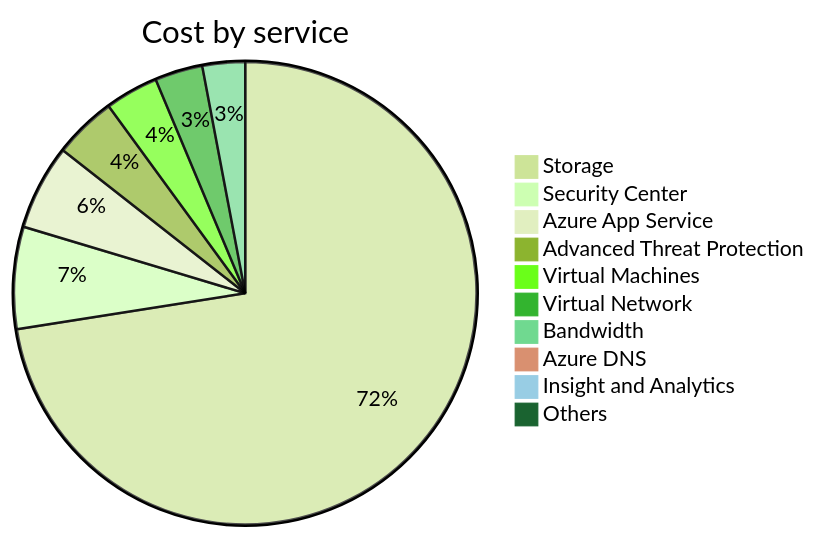
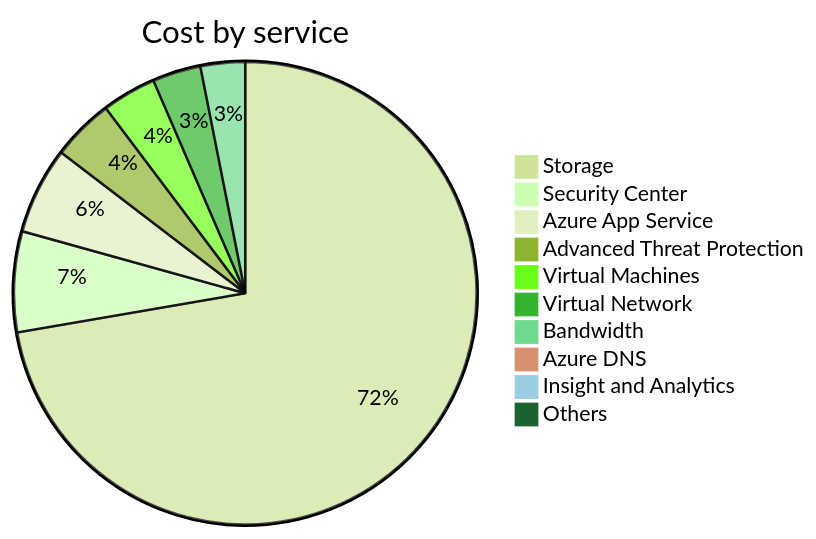
The second of 4 diagrams in cost-reports/accumulated-cost.md (jpfulton/azure-personal-reports), drawn with Mermaid (forest theme) before and after one commit. The commit also changed other lines of this file and 4 other files, not shown here.

````diff
--- a/cost-reports/accumulated-cost.md
+++ b/cost-reports/accumulated-cost.md
@@ -102,14 +102,14 @@
 ```mermaid
 pie
    title Cost by service
-   "Storage" : 201.21
+   "Storage" : 203.55
    "Security Center" : 19.78
-   "Azure App Service" : 16.49
-   "Advanced Threat Protection" : 12.16
-   "Virtual Machines" : 10.33
-   "Virtual Network" : 9.25
-   "Bandwidth" : 8.27
-   "Azure DNS" : 1.36
+   "Azure App Service" : 17.11
+   "Advanced Threat Protection" : 12.19
+   "Virtual Machines" : 10.68
+   "Virtual Network" : 9.50
+   "Bandwidth" : 8.76
+   "Azure DNS" : 1.41
    "Insight and Analytics" : 0.00
    "Others" : 0.00
 ```
````
